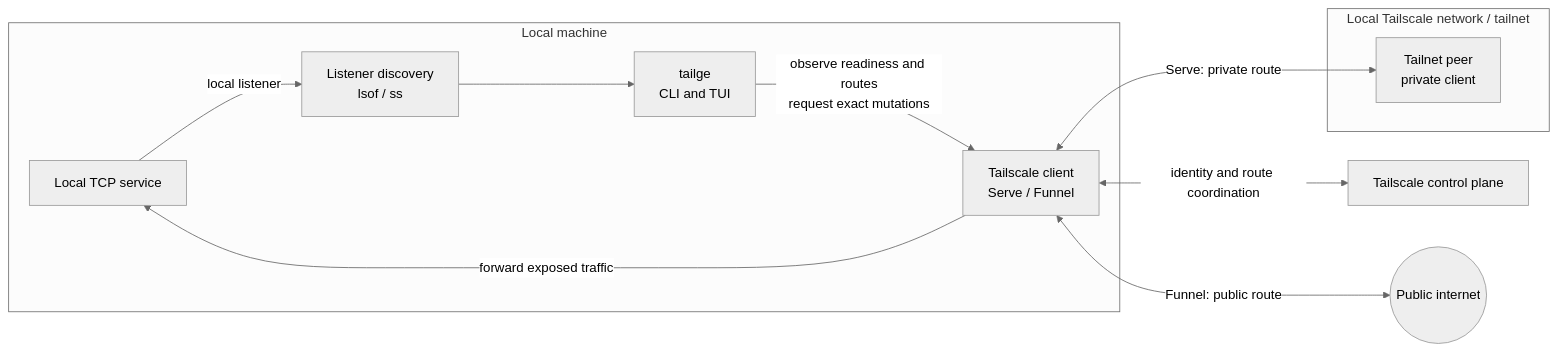
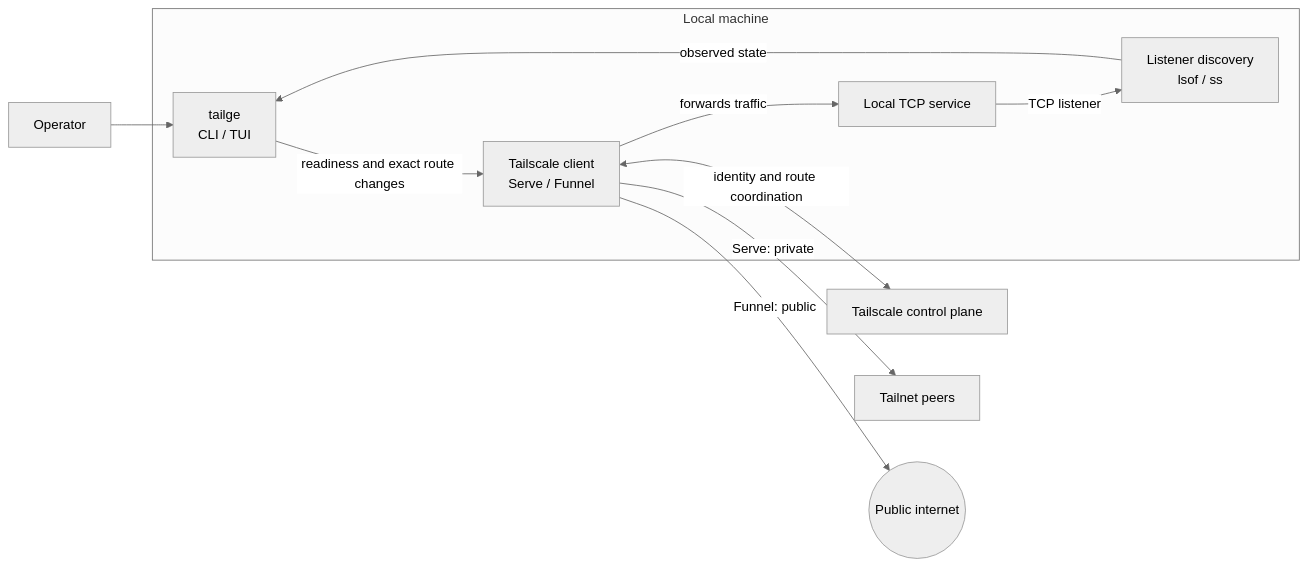
One commit to arrokh/tailge changed the diagram in README.md. Above: the diagram before and after it, drawn with Mermaid (neutral theme). The commit also changed other lines of this file and 2 other files, not shown here.

First line of the commit message:
[tailge][docs] Add concise README overview (#2)

````diff
--- a/README.md
+++ b/README.md
@@ -48,25 +9,21 @@
 ```mermaid
 flowchart LR
-    subgraph LocalMachine["Local machine"]
+    Operator[Operator]
+
+    subgraph Local["Local machine"]
         Service["Local TCP service"]
-        Tailge["tailge<br/>CLI and TUI"]
         Discovery["Listener discovery<br/>lsof / ss"]
-        TSClient["Tailscale client<br/>Serve / Funnel"]
+        Tailge["tailge<br/>CLI / TUI"]
+        Tailscale["Tailscale client<br/>Serve / Funnel"]
 
-        Service -->|local listener| Discovery
-        Discovery --> Tailge
-        Tailge -->|observe readiness and routes<br/>request exact mutations| TSClient
-        TSClient -->|forward exposed traffic| Service
+        Service -->|TCP listener| Discovery
+        Discovery -->|observed state| Tailge
+        Tailge -->|readiness and exact route changes| Tailscale
+        Tailscale -->|forwards traffic| Service
     end
 
-    subgraph Tailnet["Local Tailscale network / tailnet"]
-        Peer["Tailnet peer<br/>private client"]
-    end
-
-    ControlPlane["Tailscale control plane"]
-    Internet(("Public internet"))
-
-    TSClient <-->|identity and route coordination| ControlPlane
-    TSClient <-->|Serve: private route| Peer
-    TSClient <-->|Funnel: public route| Internet
+    Operator --> Tailge
+    Tailscale <-->|identity and route coordination| ControlPlane["Tailscale control plane"]
+    Tailscale -->|Serve: private| Tailnet["Tailnet peers"]
+    Tailscale -->|Funnel: public| Internet(("Public internet"))
 ```
````
